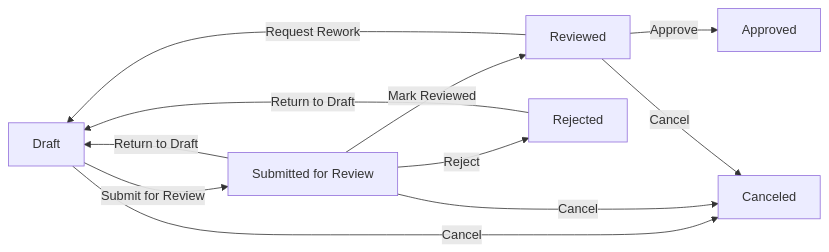
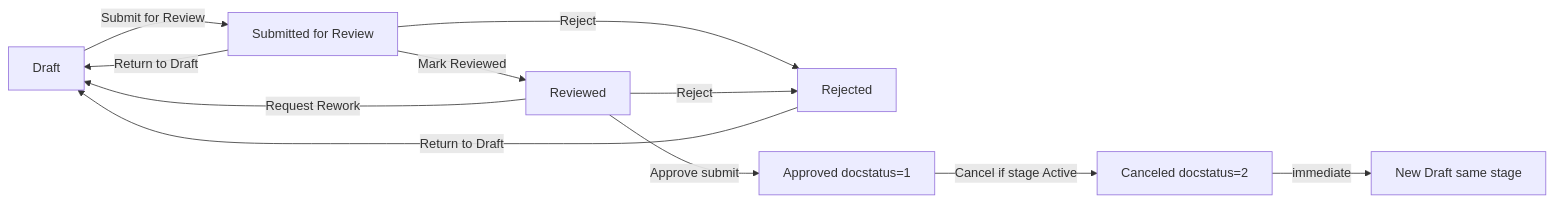
Before and after one commit to Dinext-pro/dinext-project-evaluation: the first of 2 diagrams in README.md, drawn with Mermaid. The commit also changed other lines of this file and 13 other files, not shown here.

````diff
--- a/README.md
+++ b/README.md
@@ -102,13 +121,13 @@
 ```mermaid
 flowchart LR
   draft[Draft] -->|Submit for Review| submitted[Submitted for Review]
   submitted -->|Return to Draft| draft
   submitted -->|Mark Reviewed| reviewed[Reviewed]
   submitted -->|Reject| rejected[Rejected]
   reviewed -->|Request Rework| draft
-  reviewed -->|Approve| approved[Approved]
+  reviewed -->|Approve submit| approved["Approved docstatus=1"]
+  reviewed -->|Reject| rejected
   rejected -->|Return to Draft| draft
-  draft -->|Cancel| canceled[Canceled]
-  submitted -->|Cancel| canceled
-  reviewed -->|Cancel| canceled
+  approved -->|"Cancel if stage Active"| canceled["Canceled docstatus=2"]
+  canceled -->|immediate| draft2[New Draft same stage]
 ```
````
